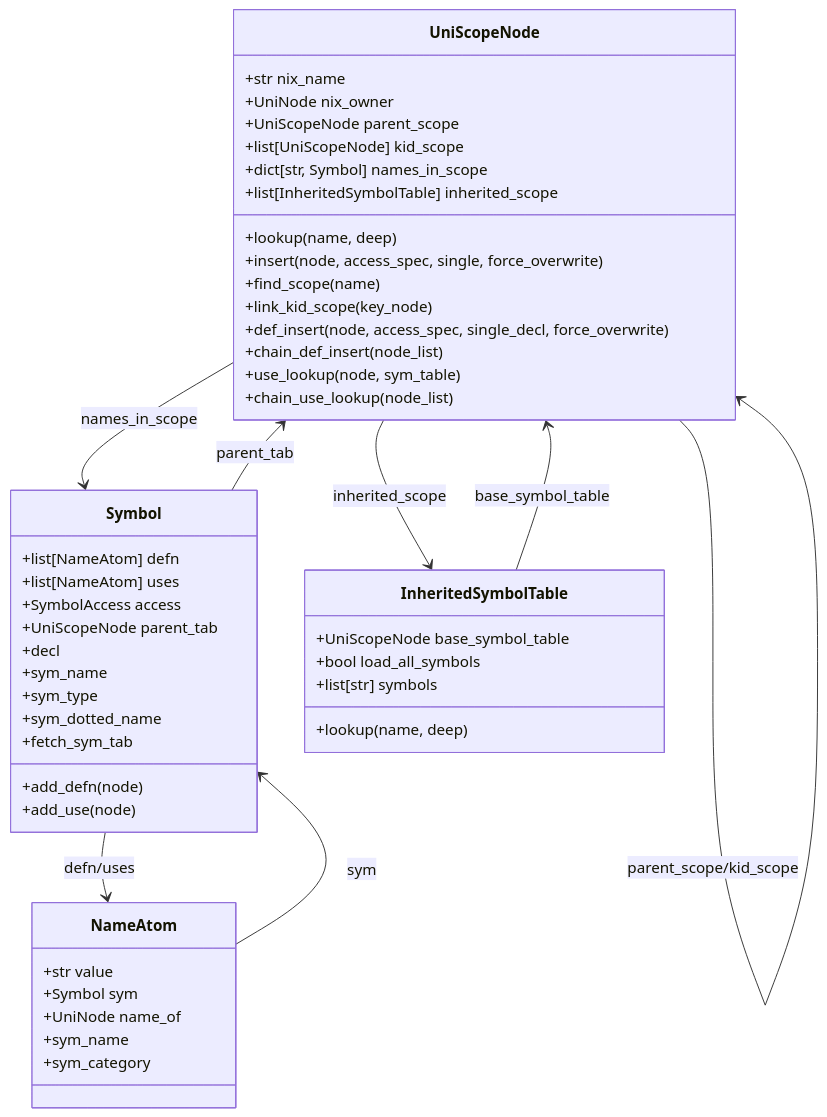
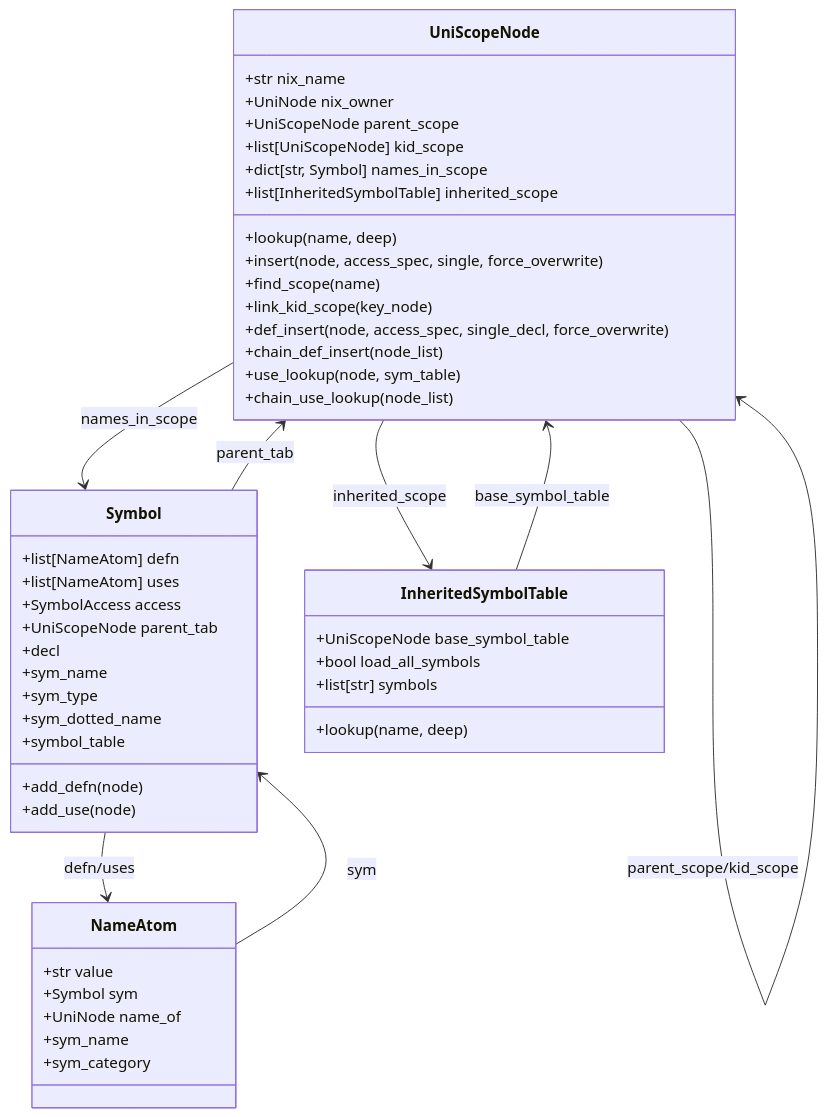
One commit to Gorgeous-Patrick/jaseci changed the first of 4 diagrams in docs/docs/internals/symbol_tables/structure.md. Above: the diagram before and after it, drawn with Mermaid. The commit also changed other lines of this file and 18 other files, not shown here.

````diff
--- a/docs/docs/internals/symbol_tables/structure.md
+++ b/docs/docs/internals/symbol_tables/structure.md
@@ -9,56 +9,56 @@
 ```mermaid
 classDiagram
     class UniScopeNode {
         +str nix_name
         +UniNode nix_owner
         +UniScopeNode parent_scope
         +list[UniScopeNode] kid_scope
         +dict[str, Symbol] names_in_scope
         +list[InheritedSymbolTable] inherited_scope
         +lookup(name, deep)
         +insert(node, access_spec, single, force_overwrite)
         +find_scope(name)
         +link_kid_scope(key_node)
         +def_insert(node, access_spec, single_decl, force_overwrite)
         +chain_def_insert(node_list)
         +use_lookup(node, sym_table)
         +chain_use_lookup(node_list)
     }
 
     class Symbol {
         +list[NameAtom] defn
         +list[NameAtom] uses
         +SymbolAccess access
         +UniScopeNode parent_tab
         +decl
         +sym_name
         +sym_type
         +sym_dotted_name
-        +fetch_sym_tab
+        +symbol_table
         +add_defn(node)
         +add_use(node)
     }
 
     class InheritedSymbolTable {
         +UniScopeNode base_symbol_table
         +bool load_all_symbols
         +list[str] symbols
         +lookup(name, deep)
     }
 
     class NameAtom {
         +str value
         +Symbol sym
         +UniNode name_of
         +sym_name
         +sym_category
     }
 
     UniScopeNode --> Symbol : names_in_scope
     UniScopeNode --> InheritedSymbolTable : inherited_scope
     UniScopeNode --> UniScopeNode : parent_scope/kid_scope
     Symbol --> NameAtom : defn/uses
     Symbol --> UniScopeNode : parent_tab
     InheritedSymbolTable --> UniScopeNode : base_symbol_table
     NameAtom --> Symbol : sym
 ```
````
